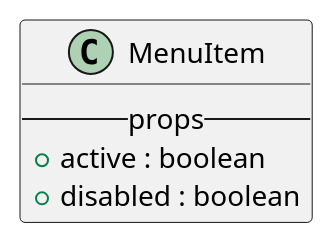
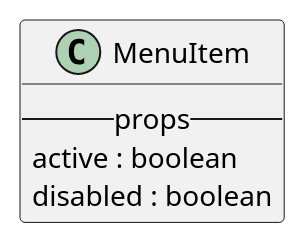
The diagram in react/bootstrap/menuitem.iuml (M9k/Marvin-Uml), drawn with PlantUML before and after one commit. The commit also changed 10 other files, not shown here.

```diff
--- a/react/bootstrap/menuitem.iuml
+++ b/react/bootstrap/menuitem.iuml
@@ -1,5 +1,5 @@
 class MenuItem {
     --props--
-        + active : boolean
-        + disabled : boolean
+         active : boolean
+         disabled : boolean
 }
```
